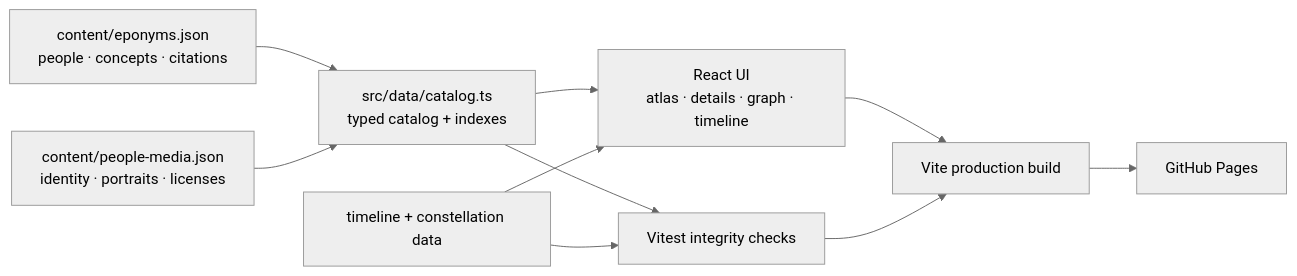
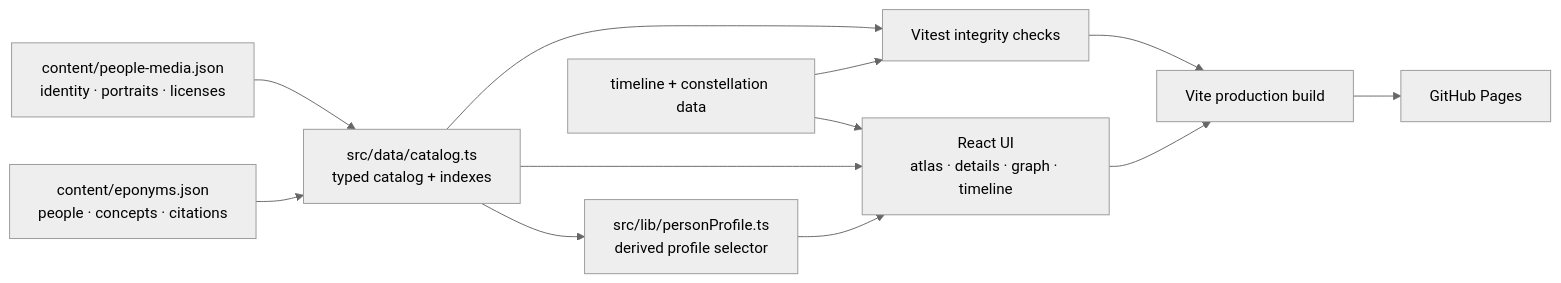
The diagram in docs/ARCHITECTURE.md (ChaoYue0307/ai-eponym-atlas), drawn with Mermaid (neutral theme) before and after one commit. The commit also changed other lines of this file and 20 other files, not shown here.

````diff
--- a/docs/ARCHITECTURE.md
+++ b/docs/ARCHITECTURE.md
@@ -11,21 +11,24 @@
 ```mermaid
 flowchart LR
     E["content/eponyms.json<br/>people · concepts · citations"]
     M["content/people-media.json<br/>identity · portraits · licenses"]
     C["src/data/catalog.ts<br/>typed catalog + indexes"]
+    R["src/lib/personProfile.ts<br/>derived profile selector"]
     T["timeline + constellation data"]
     U["React UI<br/>atlas · details · graph · timeline"]
     Q["Vitest integrity checks"]
     B["Vite production build"]
     P["GitHub Pages"]
 
     E --> C
     M --> C
+    C --> R
     C --> U
+    R --> U
     T --> U
     C --> Q
     T --> Q
     U --> B
     Q --> B
     B --> P
 ```
````
